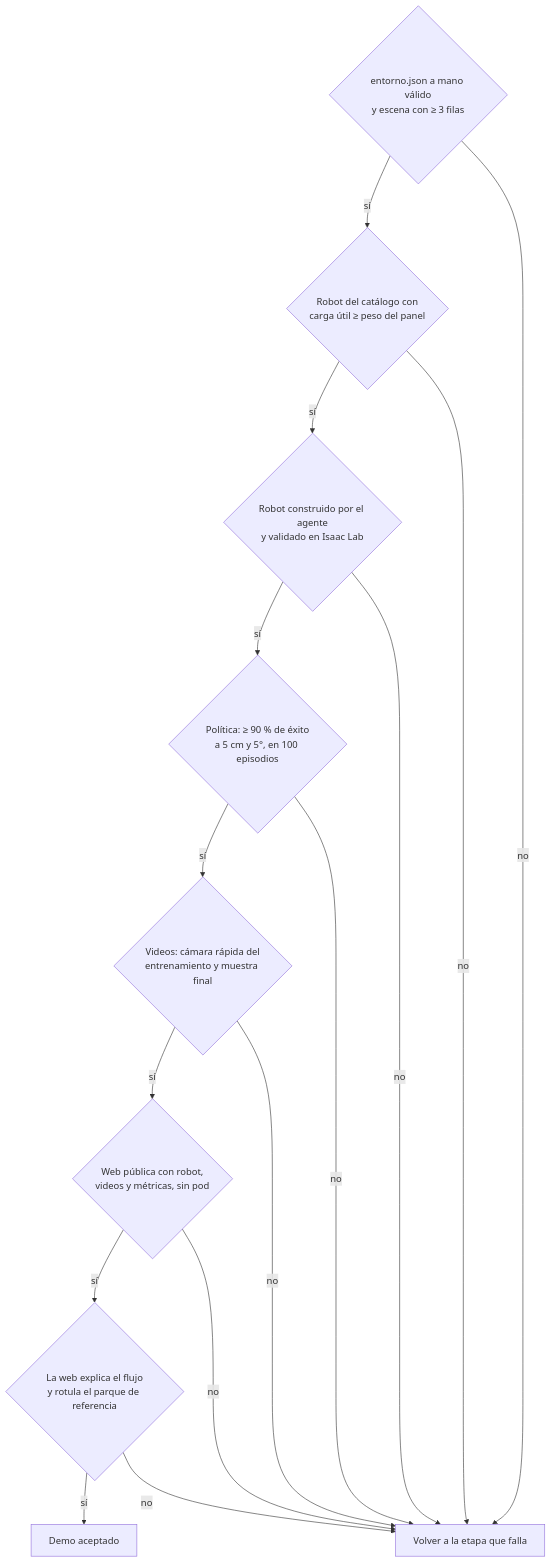
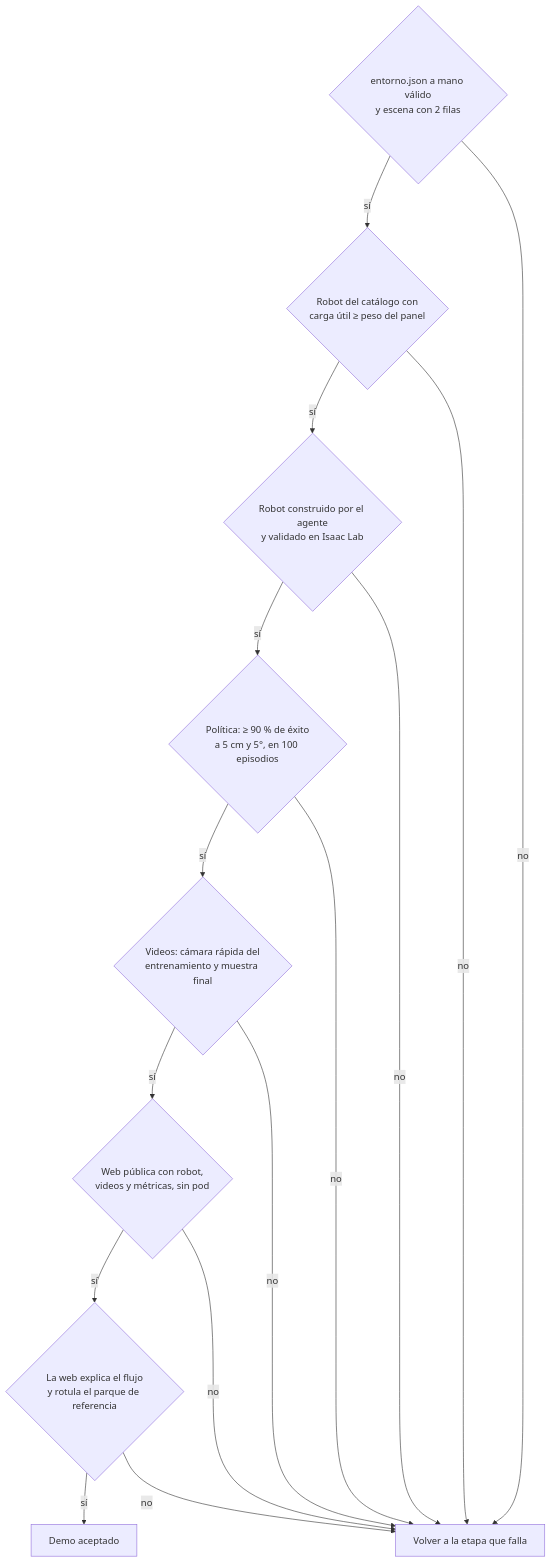
Before and after one commit to platanus-hack/platanus-hack-26-cl-team-4: the seventh of 8 diagrams in docs/requerimientos.md, drawn with Mermaid. The commit also changed other lines of this file and 1 other file, not shown here.

First line of the commit message:
docs(requerimientos): define el parque de 2 filas y la física del RL

````diff
--- a/docs/requerimientos.md
+++ b/docs/requerimientos.md
@@ -383,11 +392,11 @@
 ```mermaid
 flowchart TD
-  A1{"entorno.json a mano válido<br/>y escena con ≥ 3 filas"} -->|sí| A2{"Robot del catálogo con<br/>carga útil ≥ peso del panel"}
+  A1{"entorno.json a mano válido<br/>y escena con 2 filas"} -->|sí| A2{"Robot del catálogo con<br/>carga útil ≥ peso del panel"}
   A2 -->|sí| A3{"Robot construido por el agente<br/>y validado en Isaac Lab"}
   A3 -->|sí| A4{"Política: ≥ 90 % de éxito<br/>a 5 cm y 5°, en 100 episodios"}
   A4 -->|sí| A5{"Videos: cámara rápida del<br/>entrenamiento y muestra final"}
   A5 -->|sí| A6{"Web pública con robot,<br/>videos y métricas, sin pod"}
   A6 -->|sí| A7{"La web explica el flujo<br/>y rotula el parque de referencia"}
   A7 -->|sí| OK[Demo aceptado]
   A1 & A2 & A3 & A4 & A5 & A6 & A7 -->|no| FIX[Volver a la etapa que falla]
 ```
````
